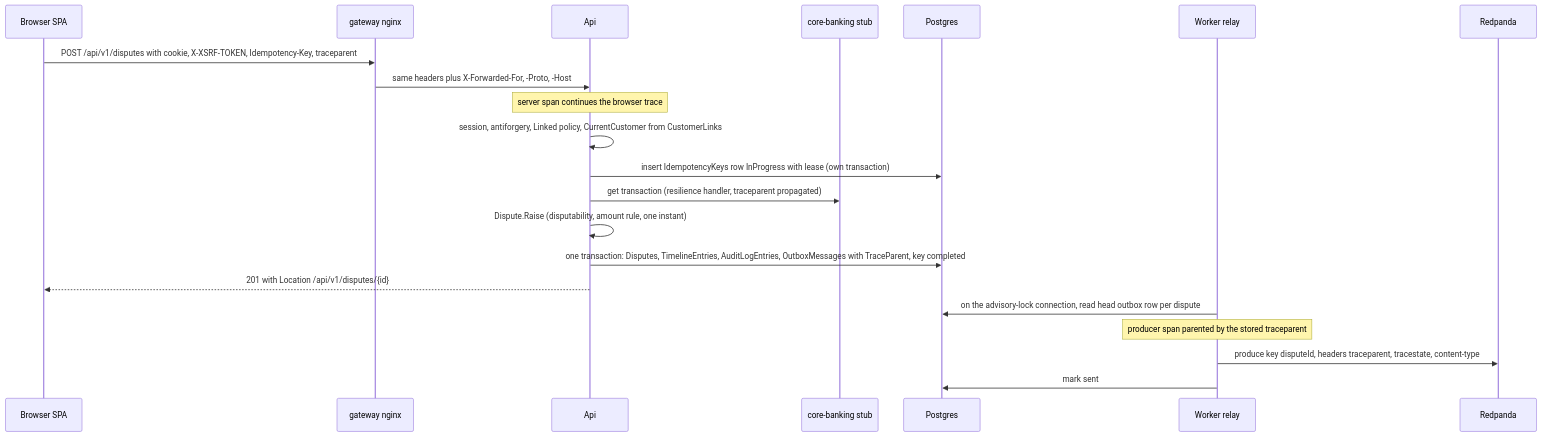
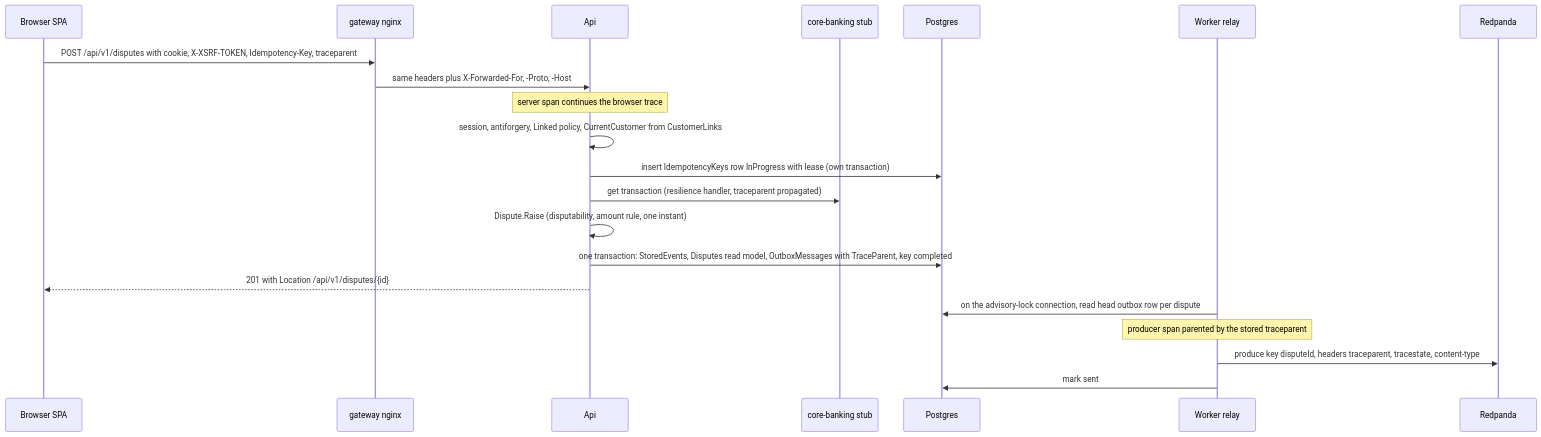
One commit to njabulozmnisi/disputedesk changed the fourth of 5 diagrams in docs/architecture/architecture.md. Above: the diagram before and after it, drawn with Mermaid. The commit also changed other lines of this file and 76 other files, not shown here.

First line of the commit message:
docs: stored events as the dispute record, audit scope, stories 3.8 and 2.8

````diff
--- a/docs/architecture/architecture.md
+++ b/docs/architecture/architecture.md
@@ -473,23 +487,23 @@
 ```mermaid
 sequenceDiagram
   participant B as Browser SPA
   participant G as gateway nginx
   participant A as Api
   participant C as core-banking stub
   participant P as Postgres
   participant W as Worker relay
   participant K as Redpanda
   B->>G: POST /api/v1/disputes with cookie, X-XSRF-TOKEN, Idempotency-Key, traceparent
   G->>A: same headers plus X-Forwarded-For, -Proto, -Host
   Note over A: server span continues the browser trace
   A->>A: session, antiforgery, Linked policy, CurrentCustomer from CustomerLinks
   A->>P: insert IdempotencyKeys row InProgress with lease (own transaction)
   A->>C: get transaction (resilience handler, traceparent propagated)
   A->>A: Dispute.Raise (disputability, amount rule, one instant)
-  A->>P: one transaction: Disputes, TimelineEntries, AuditLogEntries, OutboxMessages with TraceParent, key completed
+  A->>P: one transaction: StoredEvents, Disputes read model, OutboxMessages with TraceParent, key completed
   A-->>B: 201 with Location /api/v1/disputes/{id}
   W->>P: on the advisory-lock connection, read head outbox row per dispute
   Note over W: producer span parented by the stored traceparent
   W->>K: produce key disputeId, headers traceparent, tracestate, content-type
   W->>P: mark sent
 ```
````
